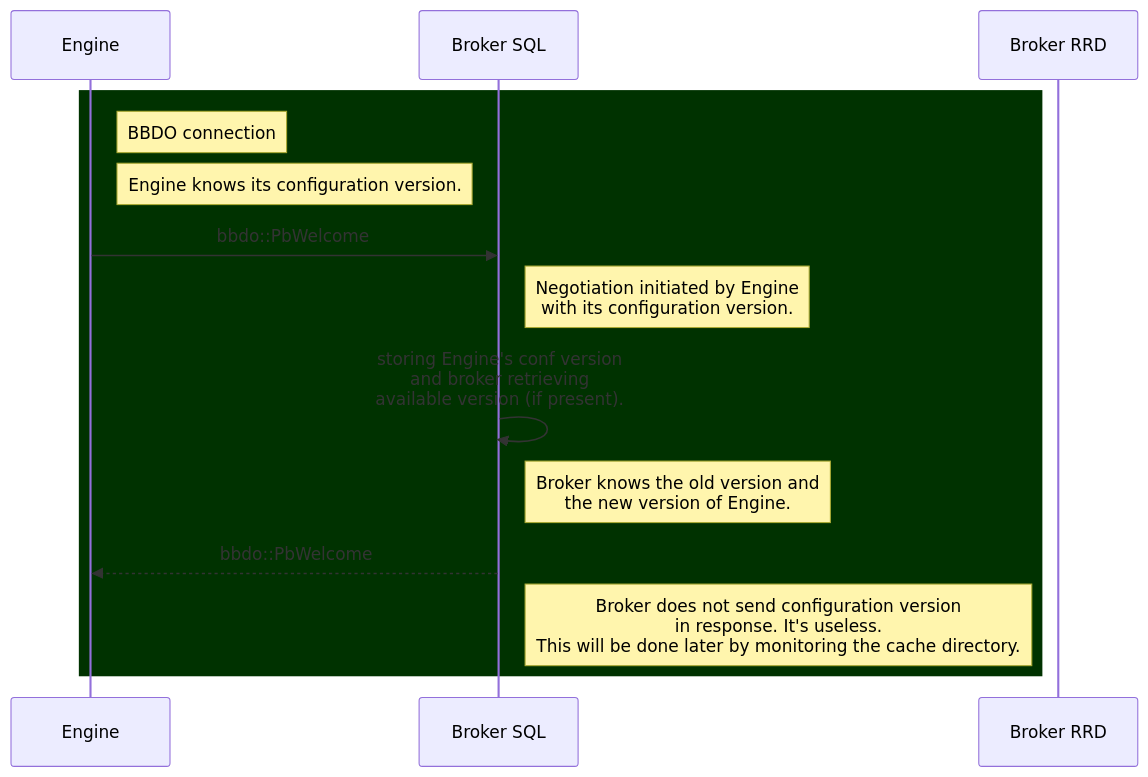
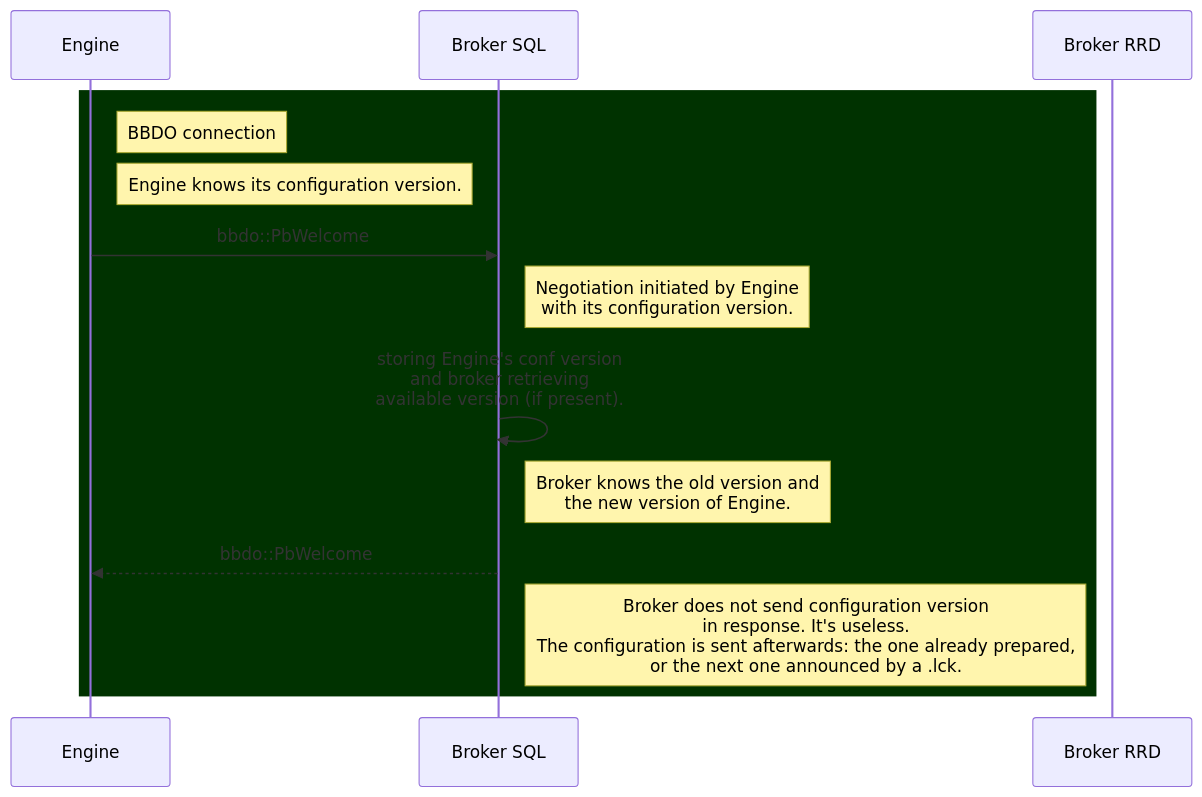
The fifth of 50 diagrams in doc/nego-engine-broker-en.md (centreon/centreon-collect), drawn with Mermaid before and after one commit. The commit also changed other lines of this file and 2 other files, not shown here.

Commit message:
chore(doc): nego-engine-broker updated

````diff
--- a/doc/nego-engine-broker-en.md
+++ b/doc/nego-engine-broker-en.md
@@ -477,18 +535,18 @@
 ```mermaid
 sequenceDiagram
     participant E as Engine
     participant BS as Broker SQL
     participant BR as Broker RRD
 
     rect rgb(0, 50, 0)
     note right of E: BBDO connection
     note right of E: Engine knows its configuration version.
     E ->> BS: bbdo::PbWelcome
     note right of BS: Negotiation initiated by Engine<br/>with its configuration version.
 
     BS ->> BS: storing Engine's conf version<br/>and broker retrieving<br/>available version (if present).
     note right of BS: Broker knows the old version and<br/>the new version of Engine.
     BS -->> E: bbdo::PbWelcome
-    note right of BS: Broker does not send configuration version<br/>in response. It's useless.<br/>This will be done later by monitoring the cache directory.
+    note right of BS: Broker does not send configuration version<br/>in response. It's useless.<br/>The configuration is sent afterwards: the one already prepared,<br/>or the next one announced by a .lck.
     end
 ```
````
